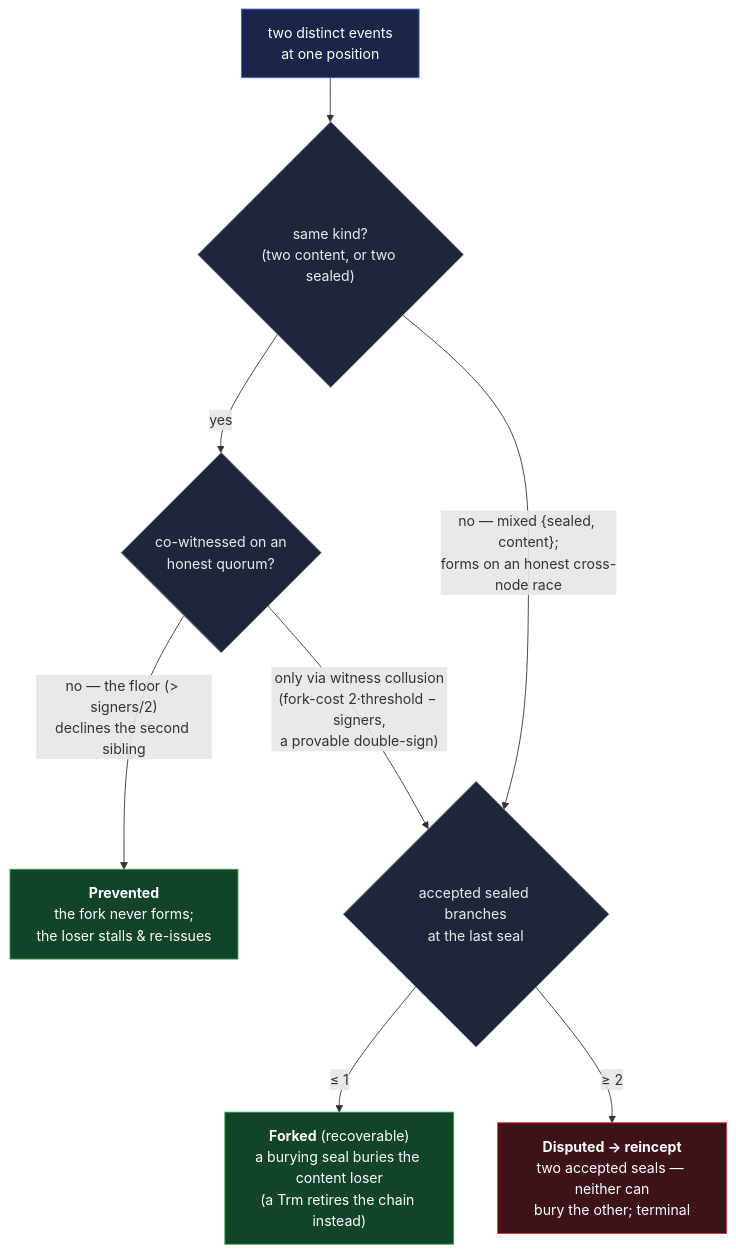
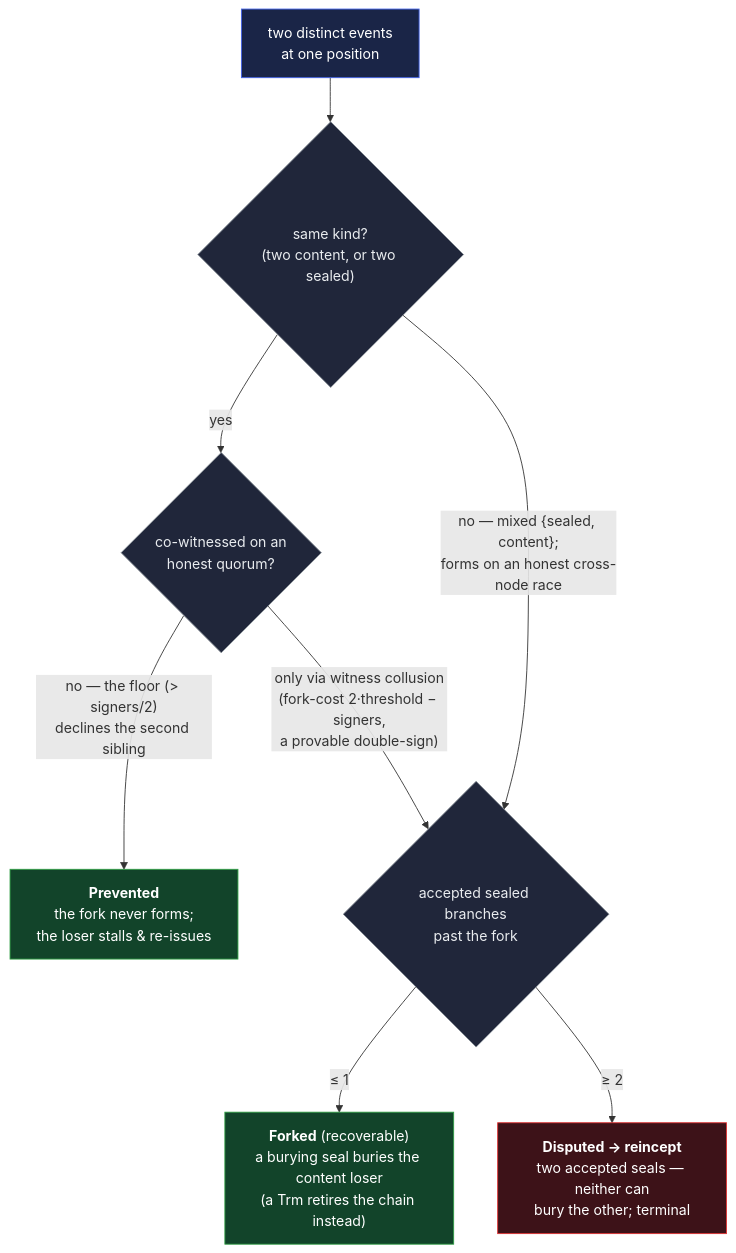
Before and after one commit to jasoncolburne/vdti: the diagram in docs/design/system-thesis.md, drawn with Mermaid. The commit also changed other lines of this file and 23 other files, not shown here.

````diff
--- a/docs/design/system-thesis.md
+++ b/docs/design/system-thesis.md
@@ -69,15 +71,15 @@
 ```mermaid
 flowchart TD
   A["two distinct events<br/>at one position"]:::start
   A --> K{"same kind?<br/>(two content, or two sealed)"}:::q
   K -->|"yes"| HQ{"co-witnessed on an<br/>honest quorum?"}:::q
   HQ -->|"no — the floor (&gt; signers/2)<br/>declines the second sibling"| P["<b>Prevented</b><br/>the fork never forms;<br/>the loser stalls &amp; re-issues"]:::good
-  HQ -->|"only via witness collusion<br/>(fork-cost 2·threshold − signers,<br/>a provable double-sign)"| N{"accepted sealed branches<br/>at the last seal"}:::q
+  HQ -->|"only via witness collusion<br/>(fork-cost 2·threshold − signers,<br/>a provable double-sign)"| N{"accepted sealed branches<br/>past the fork"}:::q
   K -->|"no — mixed {sealed, content};<br/>forms on an honest cross-node race"| N
   N -->|"≤ 1"| F["<b>Forked</b> (recoverable)<br/>a burying seal buries the content loser<br/>(a Trm retires the chain instead)"]:::good
   N -->|"≥ 2"| X["<b>Disputed → reincept</b><br/>two accepted seals — neither can<br/>bury the other; terminal"]:::bad
   classDef start fill:#1a2547,stroke:#4263eb,color:#fff
   classDef q fill:#20263a,stroke:#868e96,color:#e9ecef
   classDef good fill:#12442a,stroke:#2f9e44,color:#fff
   classDef bad fill:#3d1218,stroke:#e03131,color:#fff
 ```
````
